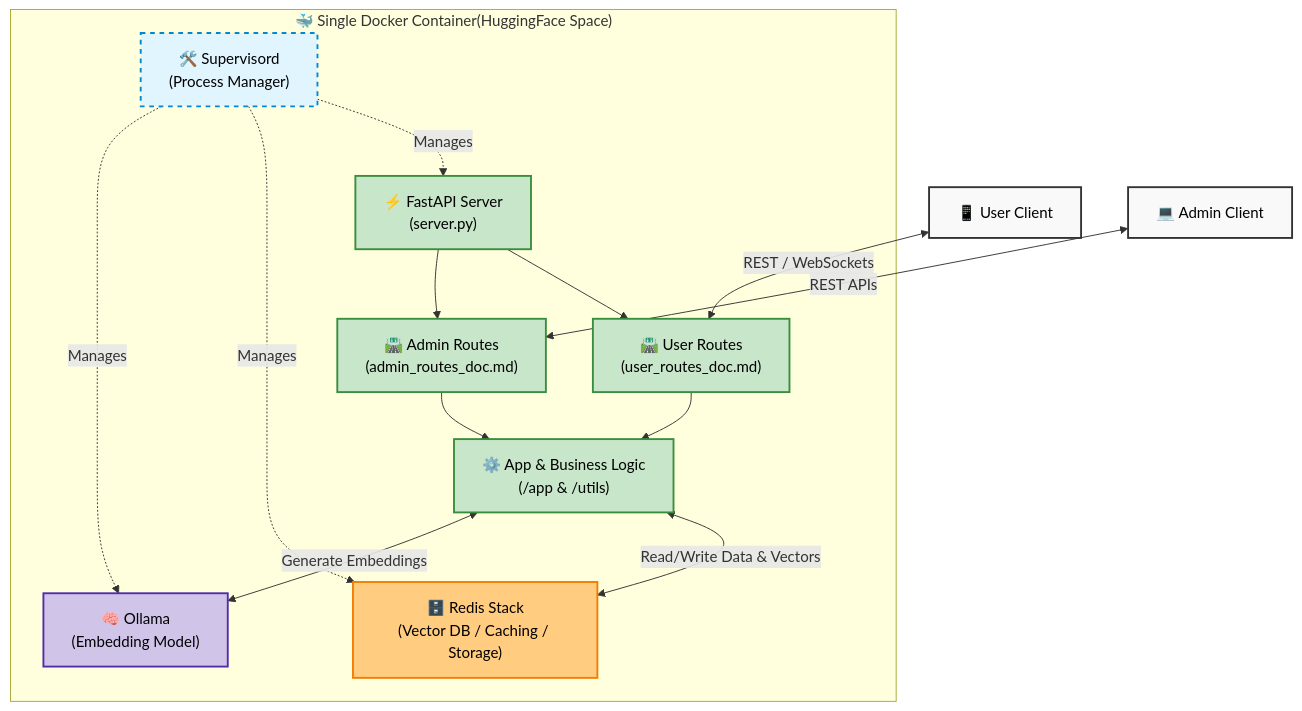
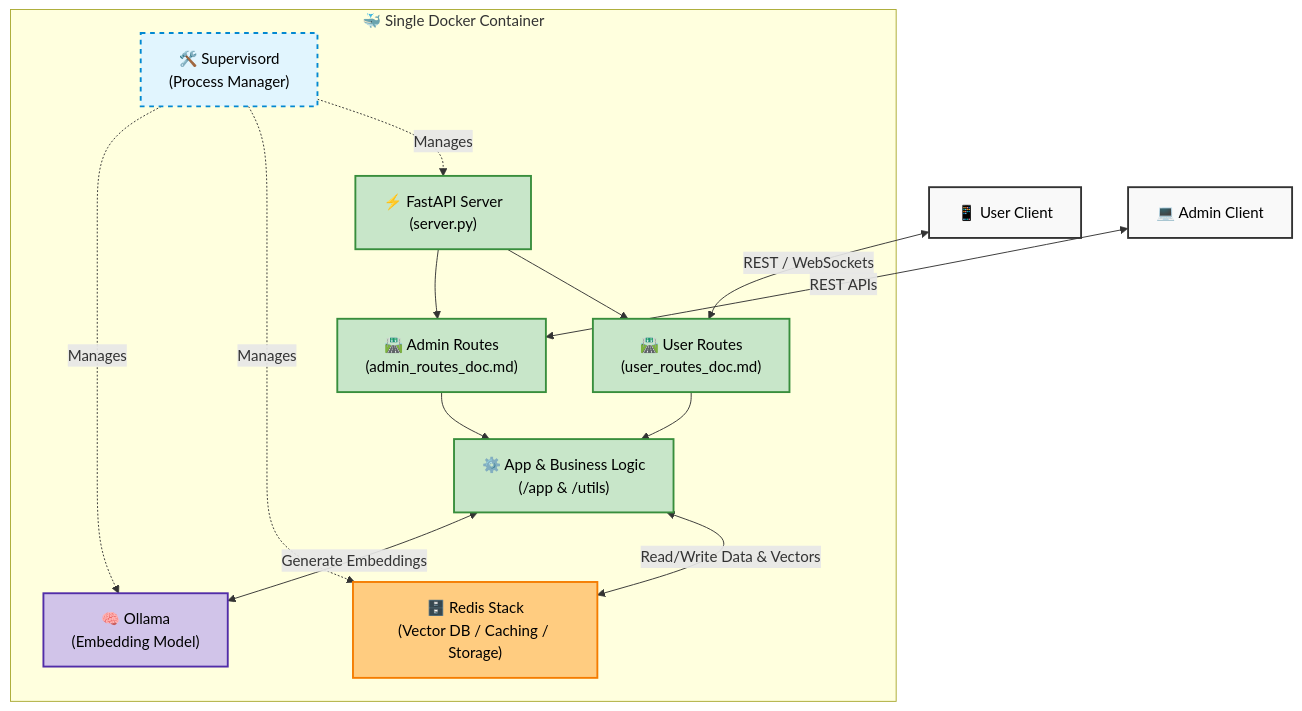
Before and after one commit to abhishekce17/personal-ai-assistant: the diagram in README.md, drawn with Mermaid. The commit also changed other lines of this file, not shown here.

Commit message:
Updated README.md to remove Hugging Face YAML block while keeping the rest of the content intact.

````diff
--- a/README.md
+++ b/README.md
@@ -56,49 +47,49 @@
 ```mermaid
 graph TD
     %% Define Styles (Added color:#000; to force black text on light backgrounds)
     classDef client fill:#f9f9f9,stroke:#333,stroke-width:2px,color:#000;
     classDef docker fill:#e1f5fe,stroke:#0288d1,stroke-width:2px,stroke-dasharray: 5 5,color:#000;
     classDef api fill:#c8e6c9,stroke:#388e3c,stroke-width:2px,color:#000;
     classDef db fill:#ffcc80,stroke:#f57c00,stroke-width:2px,color:#000;
     classDef ai fill:#d1c4e9,stroke:#512da8,stroke-width:2px,color:#000;
 
     %% External Clients
     Client_User["📱 User Client"]:::client
     Client_Admin["💻 Admin Client"]:::client
 
     %% Docker Container Wrapper
-    subgraph Docker_Container ["🐳 Single Docker Container(HuggingFace Space)"]
+    subgraph Docker_Container ["🐳 Single Docker Container"]
         
         %% API Layer
         FastAPI_Server["⚡ FastAPI Server<br/>(server.py)"]:::api
         Router_User["🛣️ User Routes<br/>(user_routes_doc.md)"]:::api
         Router_Admin["🛣️ Admin Routes<br/>(admin_routes_doc.md)"]:::api
         
         %% Processing Layer
         App_Logic["⚙️ App & Business Logic<br/>(/app & /utils)"]:::api
         
         %% Internal Services
         Redis["🗄️ Redis Stack<br/>(Vector DB / Caching / Storage)"]:::db
         Ollama["🧠 Ollama<br/>(Embedding Model)"]:::ai
         Supervisor["🛠️ Supervisord<br/>(Process Manager)"]:::docker
         
         %% Internal API Connections
         FastAPI_Server --> Router_User
         FastAPI_Server --> Router_Admin
         
         Router_User --> App_Logic
         Router_Admin --> App_Logic
         
         App_Logic <-->|"Read/Write Data & Vectors"| Redis
         App_Logic <-->|"Generate Embeddings"| Ollama
         
         %% Supervisor manages processes
         Supervisor -.->|"Manages"| FastAPI_Server
         Supervisor -.->|"Manages"| Redis
         Supervisor -.->|"Manages"| Ollama
     end
 
     %% External Connections
     Client_User <-->|"REST / WebSockets"| Router_User
     Client_Admin <-->|"REST APIs"| Router_Admin
 ```
````
